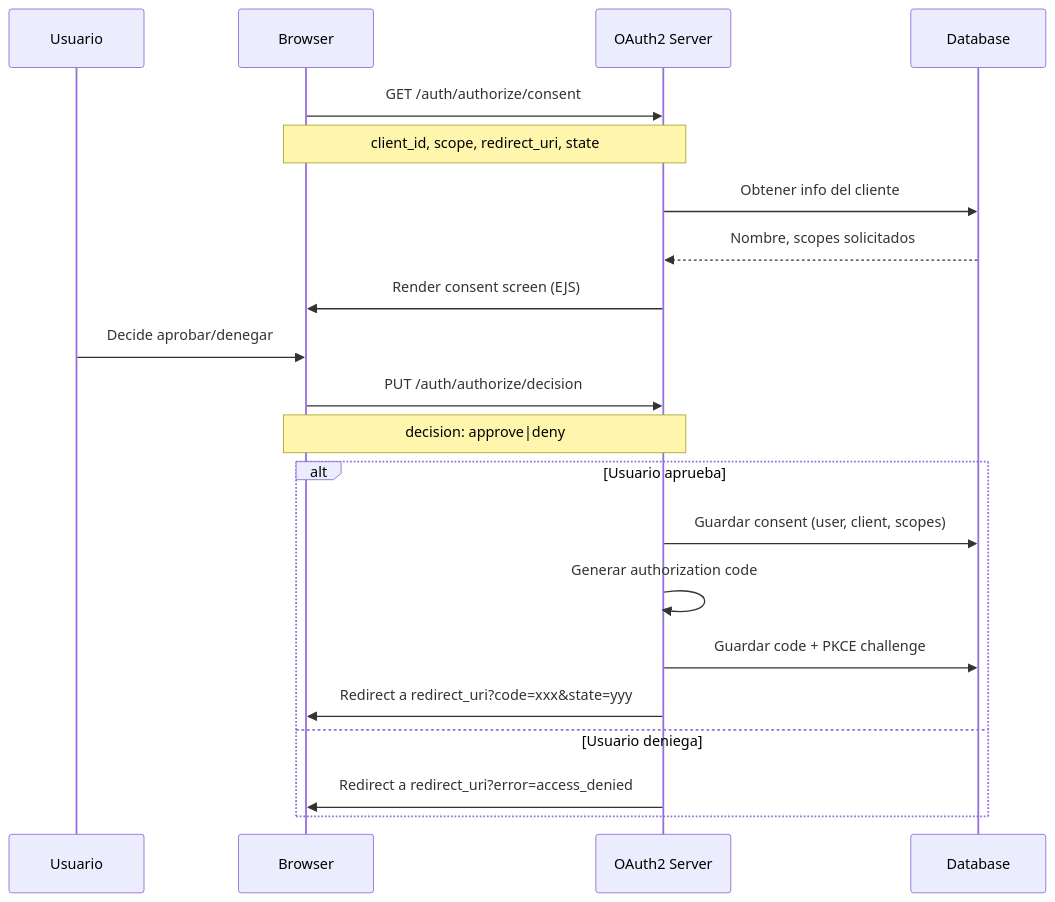
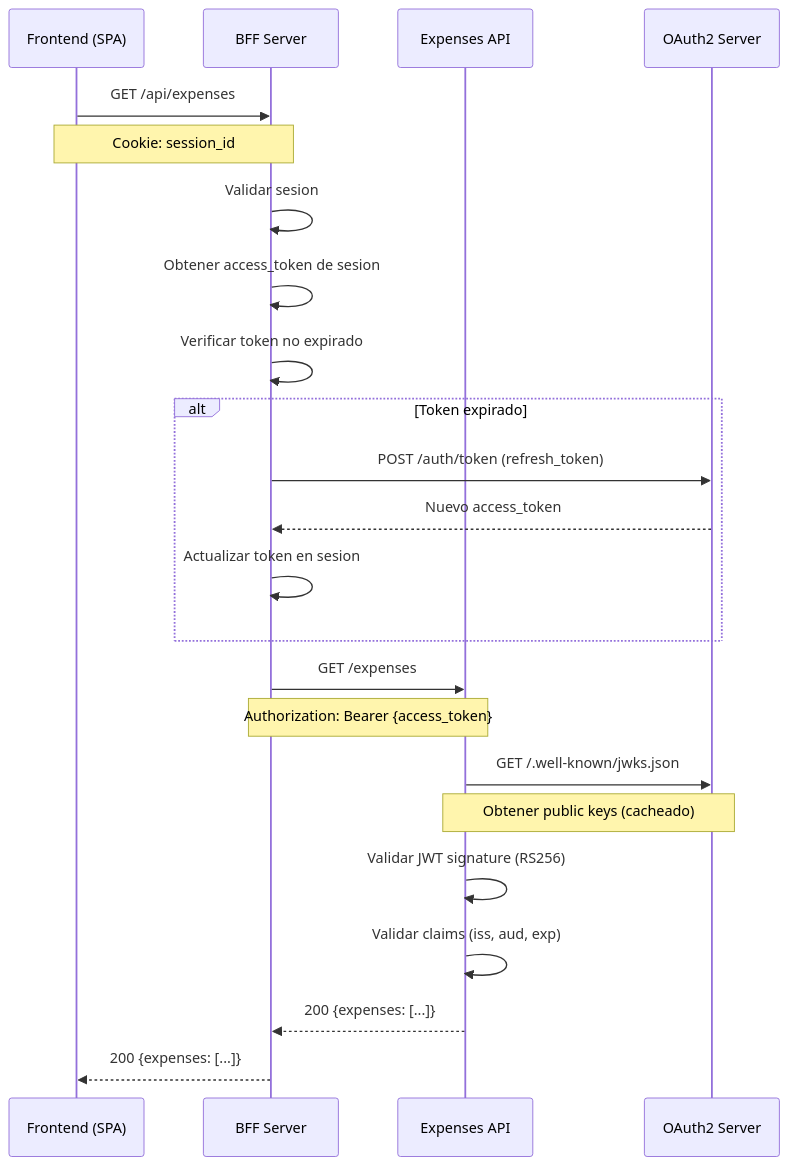
One commit to JRuvalcabaFSD/ByteBerry-OAuth2 changed the third of 6 diagrams in README.md. Above: the diagram before and after it, drawn with Mermaid. The commit also changed other lines of this file and 2 other files, not shown here.

Commit message:
feat: update documentation and logic in the consent and authorization flow

````diff
--- a/README.md
+++ b/README.md
@@ -86,24 +116,26 @@
 ```mermaid
 sequenceDiagram
-    participant U as Usuario
-    participant B as Browser
-    participant S as OAuth2 Server
-    participant DB as Database
+    participant F as Frontend (SPA)
+    participant B as BFF Server
+    participant E as Expenses API
+    participant O as OAuth2 Server
 
-    B->>S: GET /auth/authorize/consent
-    Note over B,S: client_id, scope, redirect_uri, state
-    S->>DB: Obtener info del cliente
-    DB-->>S: Nombre, scopes solicitados
-    S->>B: Render consent screen (EJS)
-    U->>B: Decide aprobar/denegar
-    B->>S: PUT /auth/authorize/decision
-    Note over B,S: decision: approve|deny
-    alt Usuario aprueba
-        S->>DB: Guardar consent (user, client, scopes)
-        S->>S: Generar authorization code
-        S->>DB: Guardar code + PKCE challenge
-        S->>B: Redirect a redirect_uri?code=xxx&state=yyy
-    else Usuario deniega
-        S->>B: Redirect a redirect_uri?error=access_denied
+    F->>B: GET /api/expenses
+    Note over F,B: Cookie: session_id
+    B->>B: Validar sesion
+    B->>B: Obtener access_token de sesion
+    B->>B: Verificar token no expirado
+    alt Token expirado
+        B->>O: POST /auth/token (refresh_token)
+        O-->>B: Nuevo access_token
+        B->>B: Actualizar token en sesion
     end
+    B->>E: GET /expenses
+    Note over B,E: Authorization: Bearer {access_token}
+    E->>O: GET /.well-known/jwks.json
+    Note over E,O: Obtener public keys (cacheado)
+    E->>E: Validar JWT signature (RS256)
+    E->>E: Validar claims (iss, aud, exp)
+    E-->>B: 200 {expenses: [...]}
+    B-->>F: 200 {expenses: [...]}
 ```
````
